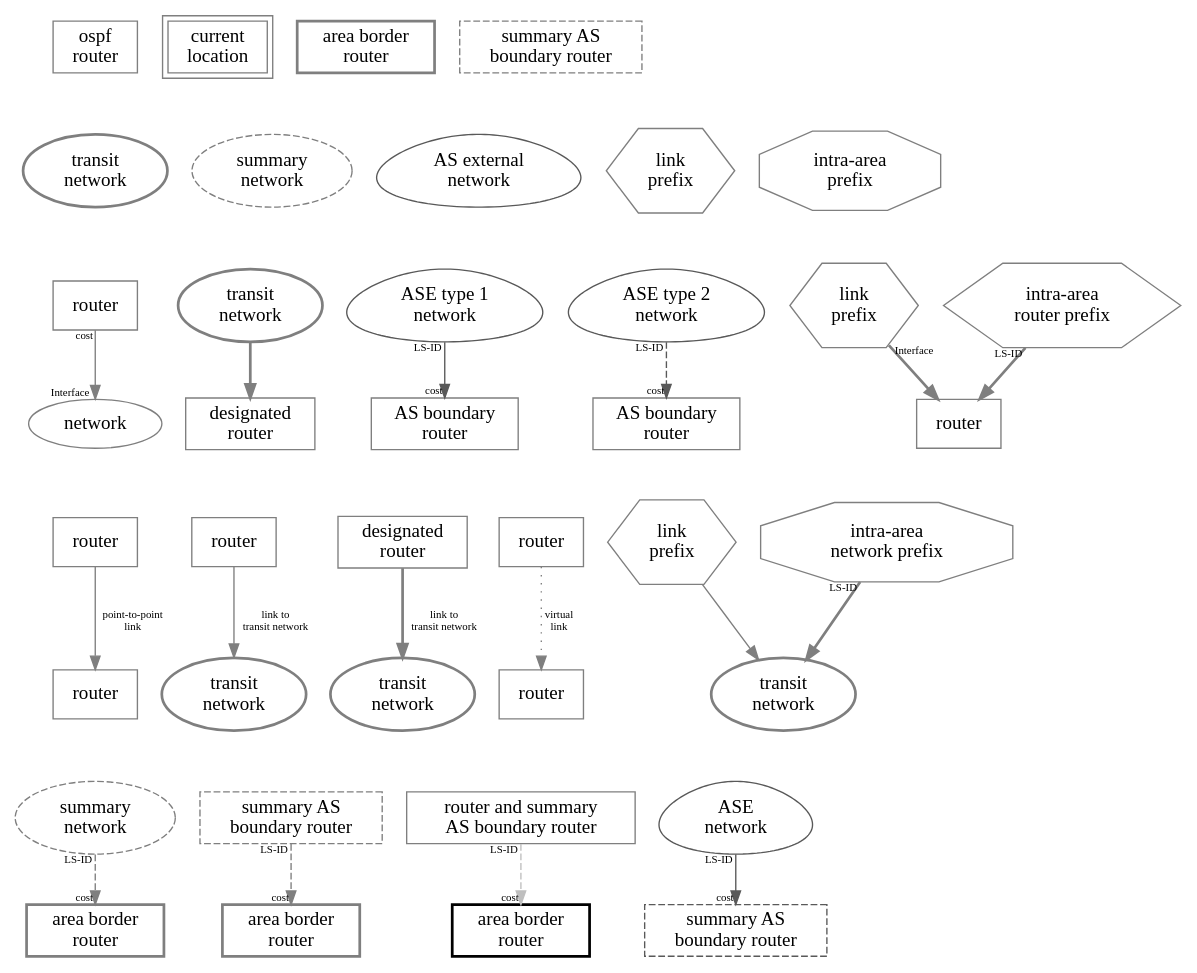
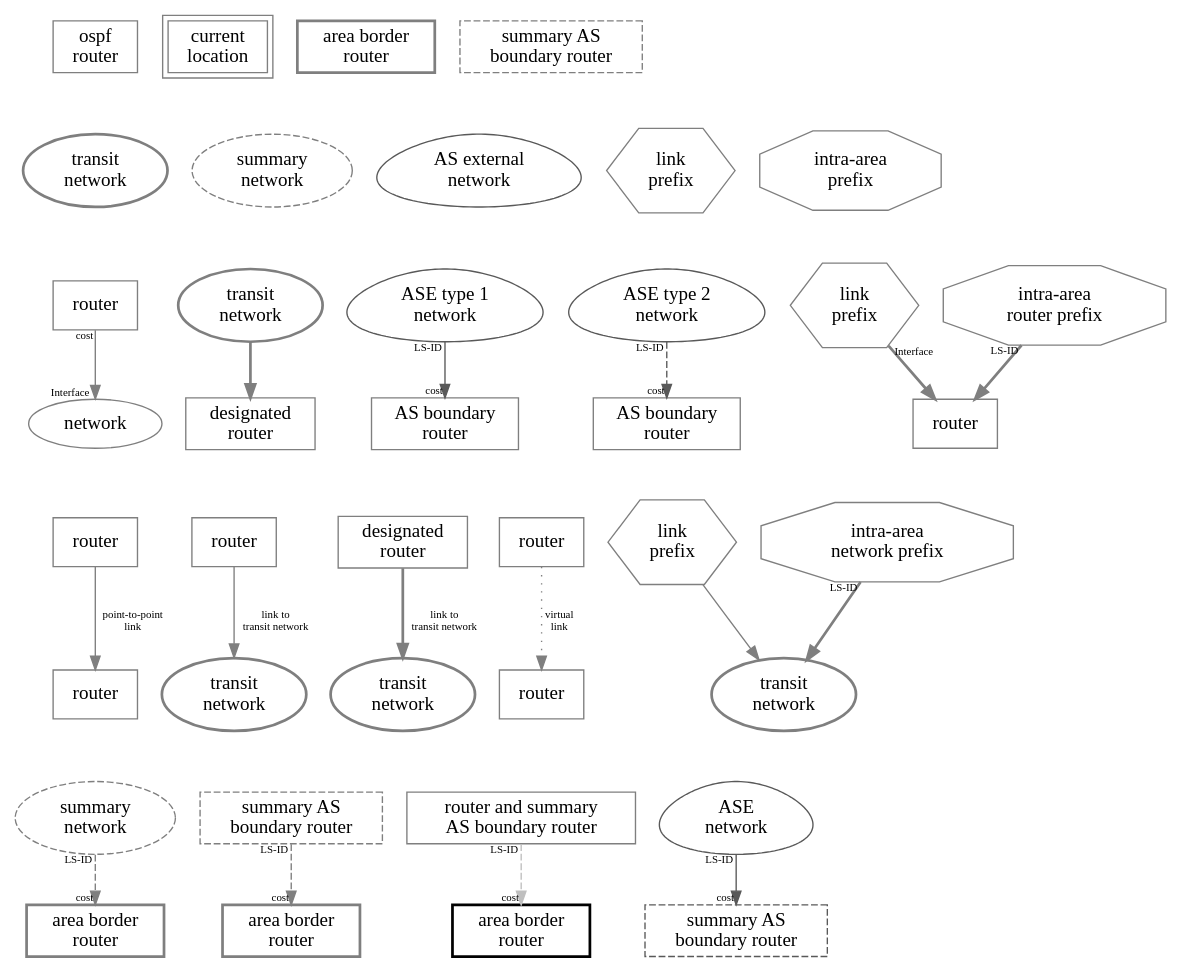
Before and after one commit to gitpan/OSPF-LSDB: the diagram in example/legend6.dot, drawn with Graphviz. The commit also changed 12 other files, not shown here.

```diff
--- a/example/legend6.dot
+++ b/example/legend6.dot
@@ -82,7 +82,7 @@
 	];
 	edgenetwork5 [
 		style="solid"
-		shape="hexagon"
+		shape="octagon"
 		label="intra-area\nrouter prefix"
 	];
 	edgerouter0 [
```
